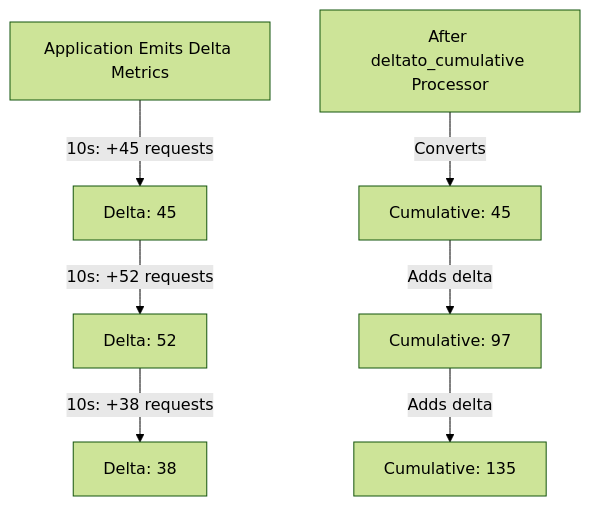
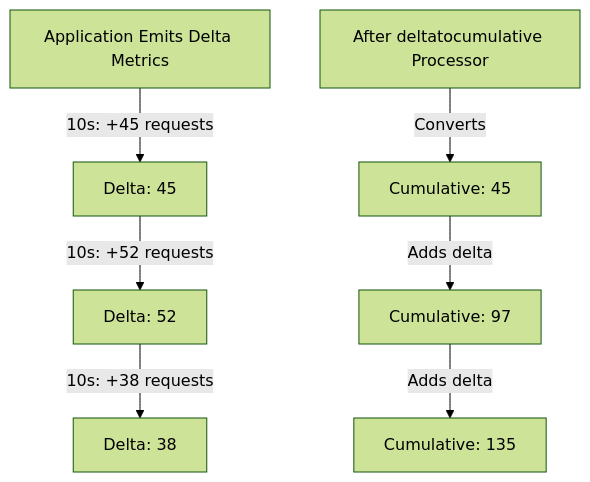
One commit to OneUptime/blog changed the first of 2 diagrams in posts/2026-02-06-delta-to-cumulative-processor-opentelemetry-collector/README.md. Above: the diagram before and after it, drawn with Mermaid (forest theme). The commit also changed other lines of this file and 2 other files, not shown here.

Commit message:
validate: 2026-02-06-delta-to-cumulative-processor-opentelemetry-collector

````diff
--- a/posts/2026-02-06-delta-to-cumulative-processor-opentelemetry-collector/README.md
+++ b/posts/2026-02-06-delta-to-cumulative-processor-opentelemetry-collector/README.md
@@ -29,10 +29,10 @@
 ```mermaid
 graph TD
     A[Application Emits Delta Metrics] -->|10s: +45 requests| B[Delta: 45]
     B -->|10s: +52 requests| C[Delta: 52]
     C -->|10s: +38 requests| D[Delta: 38]
 
-    E[After deltato_cumulative Processor] -->|Converts| F[Cumulative: 45]
+    E[After deltatocumulative Processor] -->|Converts| F[Cumulative: 45]
     F -->|Adds delta| G[Cumulative: 97]
     G -->|Adds delta| H[Cumulative: 135]
 ```
````
